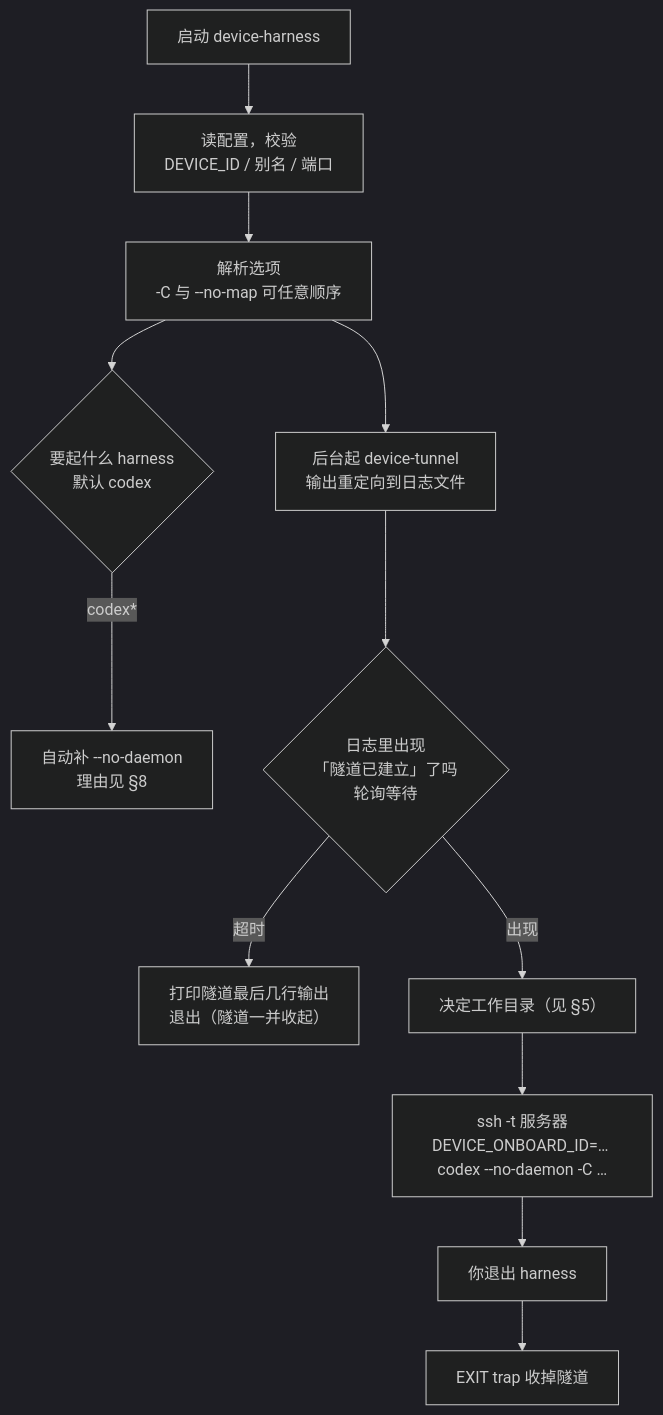
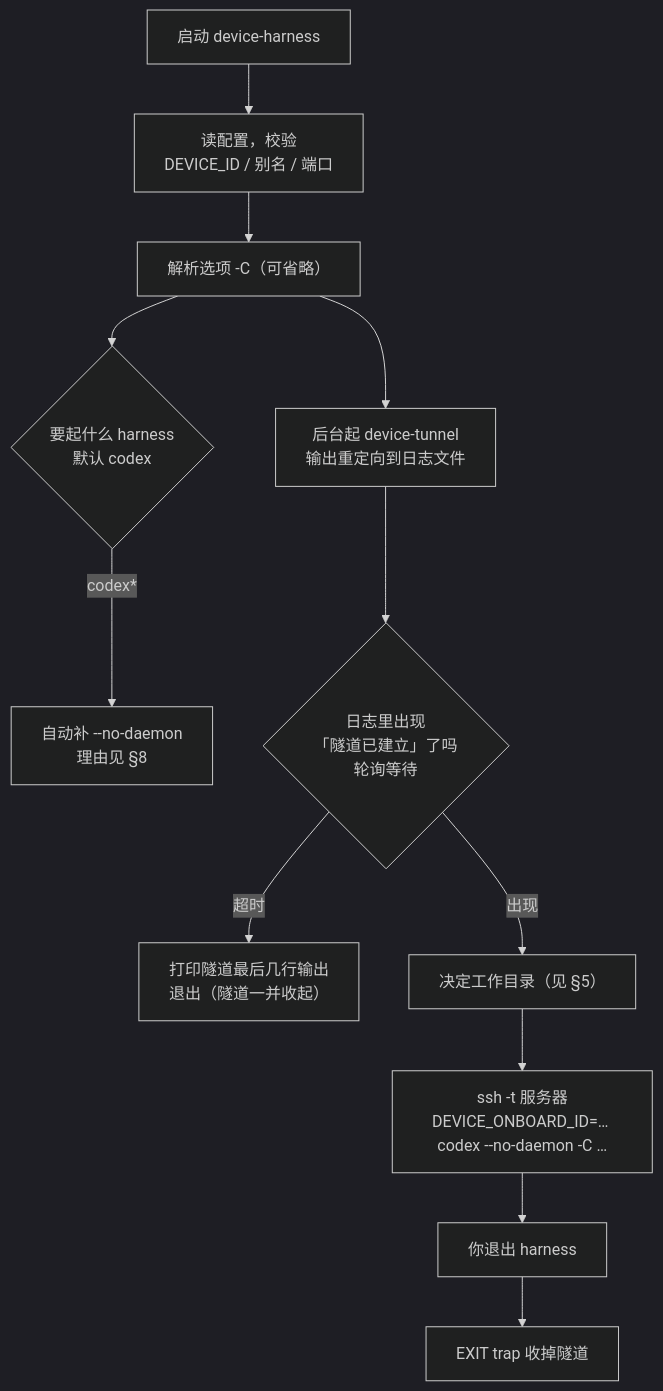
The fourth of 4 diagrams in docs/flow.md (MuRain37/device-onboard), drawn with Mermaid (dark theme) before and after one commit. The commit also changed other lines of this file and 3 other files, not shown here.

````diff
--- a/docs/flow.md
+++ b/docs/flow.md
@@ -133,14 +130,14 @@
 ```mermaid
 flowchart TD
     A["启动 device-harness"] --> B["读配置，校验<br/>DEVICE_ID / 别名 / 端口"]
-    B --> C["解析选项<br/>-C 与 --no-map 可任意顺序"]
+    B --> C["解析选项 -C（可省略）"]
     C --> D{"要起什么 harness<br/>默认 codex"}
     D -->|codex*| D1["自动补 --no-daemon<br/>理由见 §8"]
     C --> E["后台起 device-tunnel<br/>输出重定向到日志文件"]
     E --> F{"日志里出现<br/>「隧道已建立」了吗<br/>轮询等待"}
     F -- 超时 --> F1["打印隧道最后几行输出<br/>退出（隧道一并收起）"]
     F -- 出现 --> H["决定工作目录（见 §5）"]
     H --> I["ssh -t 服务器<br/>DEVICE_ONBOARD_ID=… codex --no-daemon -C …"]
     I --> J["你退出 harness"]
     J --> K["EXIT trap 收掉隧道"]
 ```
````
